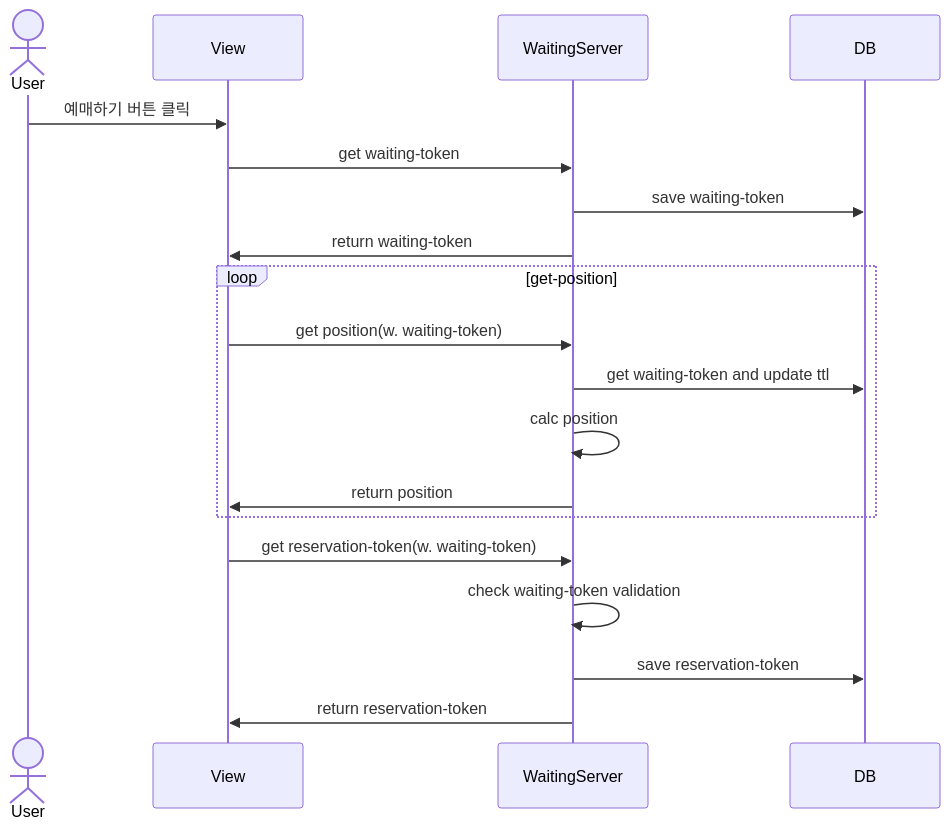
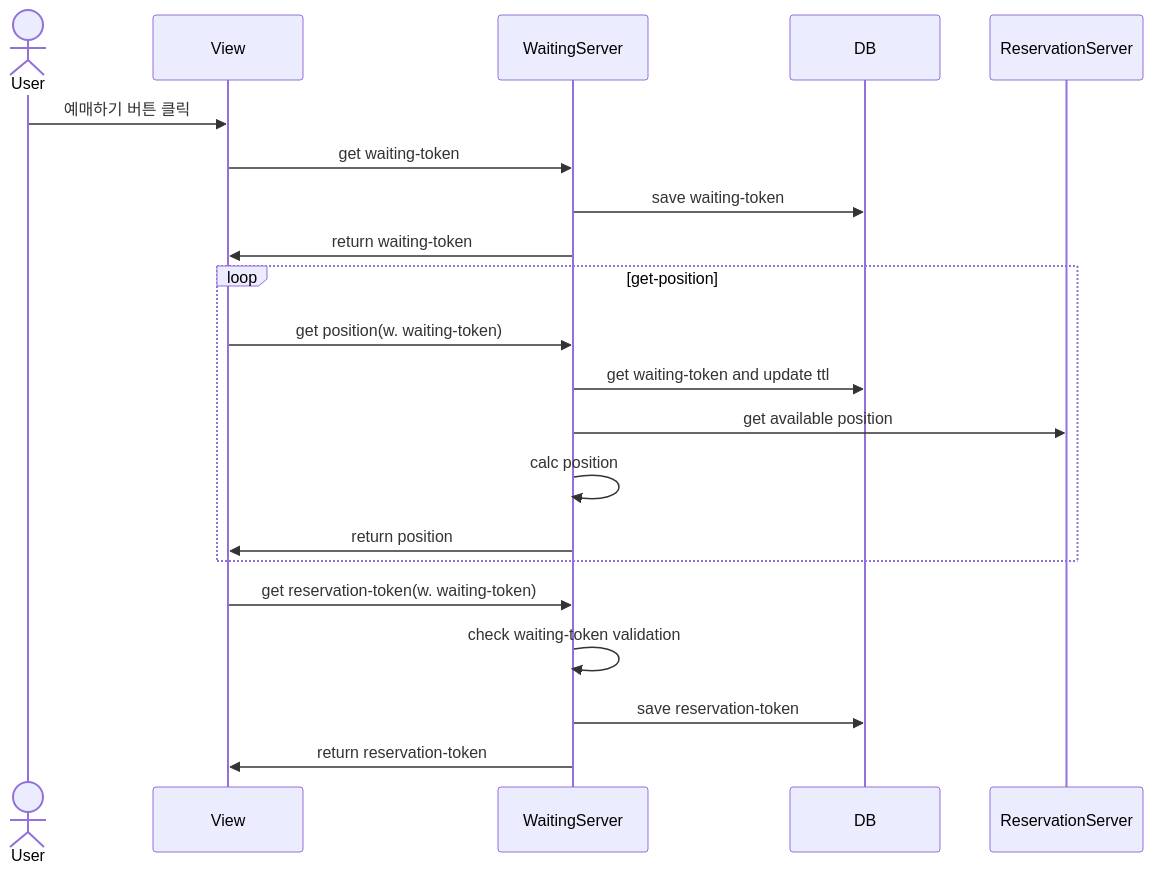
The first of 2 diagrams in services/waiting-service/readme.md (plere/ticketing), drawn with Mermaid before and after one commit.

Commit message:
[waiting] readme.md에 현재 여유포지션 확인하는 flow 추가

````diff
--- a/services/waiting-service/readme.md
+++ b/services/waiting-service/readme.md
@@ -2,24 +2,27 @@
 ```mermaid
 sequenceDiagram
 actor User
 participant View
 participant WaitingServer
 participant DB
+participant ReservationServer
+
 
     User->>View: 예매하기 버튼 클릭
     View->>WaitingServer: get waiting-token
     WaitingServer->>DB: save waiting-token
     WaitingServer->>View: return waiting-token
 
     loop get-position
         View->>WaitingServer: get position(w. waiting-token)
         WaitingServer->>DB: get waiting-token and update ttl
+        WaitingServer->>ReservationServer: get available position
         WaitingServer->>WaitingServer: calc position
         WaitingServer->>View: return position    
     end
 
     View->>WaitingServer: get reservation-token(w. waiting-token)
     WaitingServer->>WaitingServer: check waiting-token validation
     WaitingServer->>DB: save reservation-token
     WaitingServer->>View: return reservation-token
 ```
````
